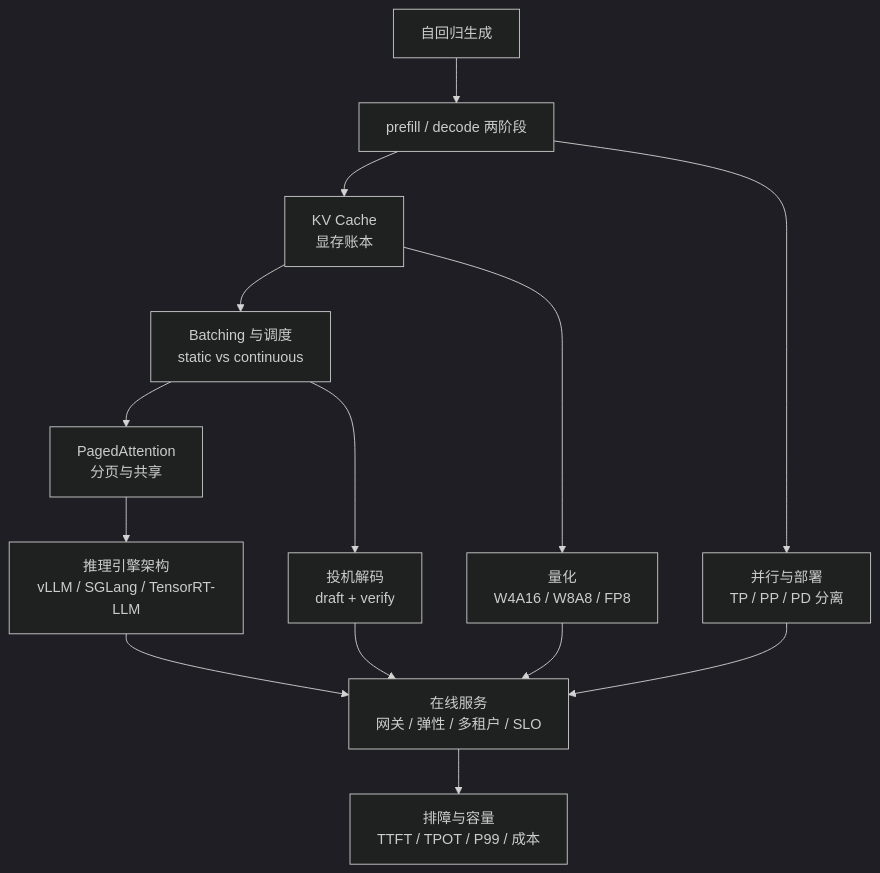
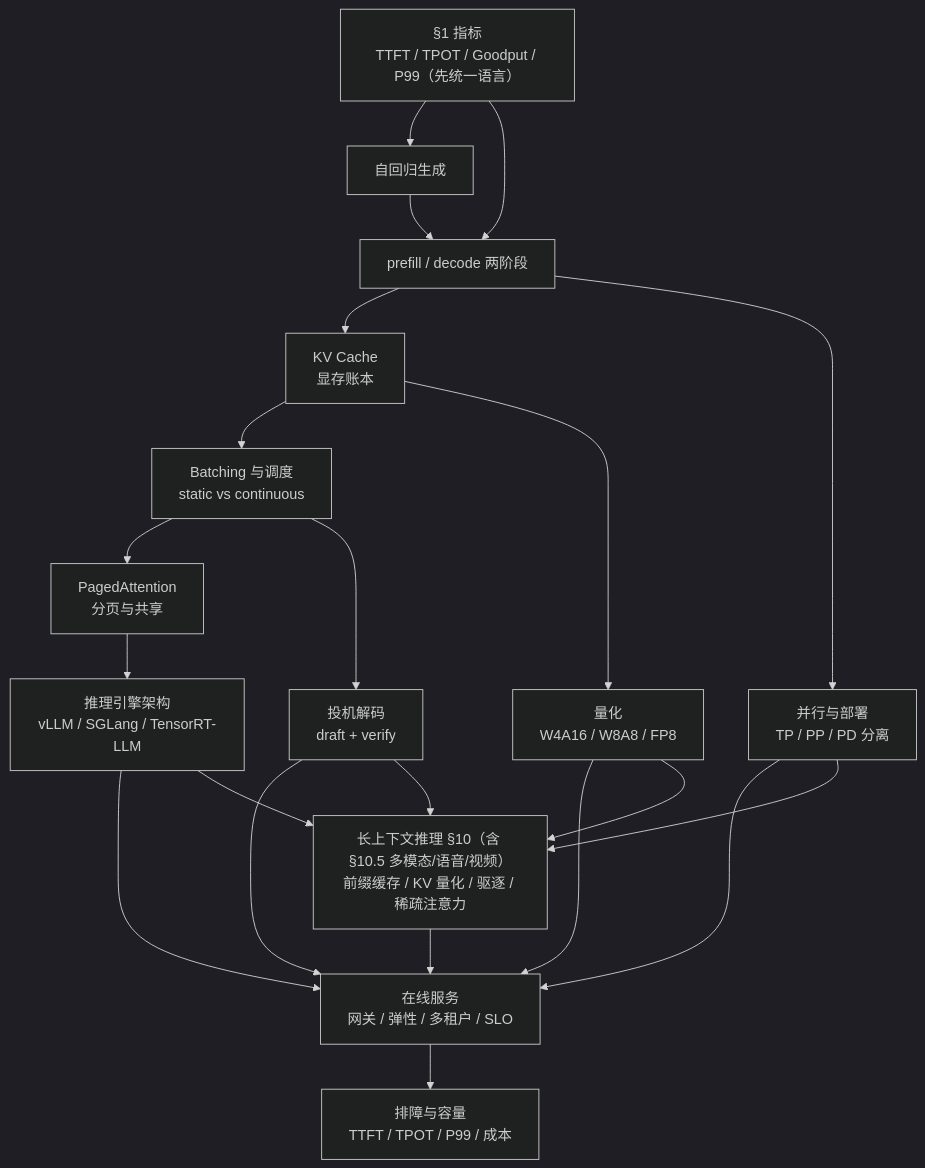
The diagram in docs/notes/22_inference_systems.md (Xingkai98/ai-infra-notes-site), drawn with Mermaid (dark theme) before and after one commit. The commit also changed other lines of this file and 7 other files, not shown here.

````diff
--- a/docs/notes/22_inference_systems.md
+++ b/docs/notes/22_inference_systems.md
@@ -27,16 +30,26 @@
 ```mermaid
 graph TD
   A["自回归生成"] --> B["prefill / decode 两阶段"]
+
+  M["§1 指标<br/>TTFT / TPOT / Goodput / P99（先统一语言）"] --> A
+  M --> B
   B --> C["KV Cache<br/>显存账本"]
   C --> D["Batching 与调度<br/>static vs continuous"]
   D --> E["PagedAttention<br/>分页与共享"]
   E --> F["推理引擎架构<br/>vLLM / SGLang / TensorRT-LLM"]
   B --> G["并行与部署<br/>TP / PP / PD 分离"]
   C --> H["量化<br/>W4A16 / W8A8 / FP8"]
   D --> I["投机解码<br/>draft + verify"]
   F --> J["在线服务<br/>网关 / 弹性 / 多租户 / SLO"]
   G --> J
   H --> J
   I --> J
+
+  L["长上下文推理 §10（含 §10.5 多模态/语音/视频）<br/>前缀缓存 / KV 量化 / 驱逐 / 稀疏注意力"]
+  F --> L
+  G --> L
+  H --> L
+  I --> L
+  L --> J
   J --> K["排障与容量<br/>TTFT / TPOT / P99 / 成本"]
 ```
````
